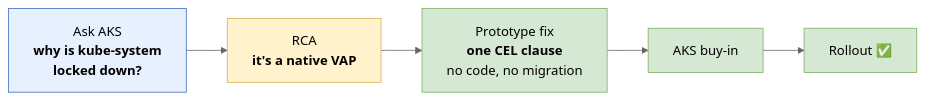
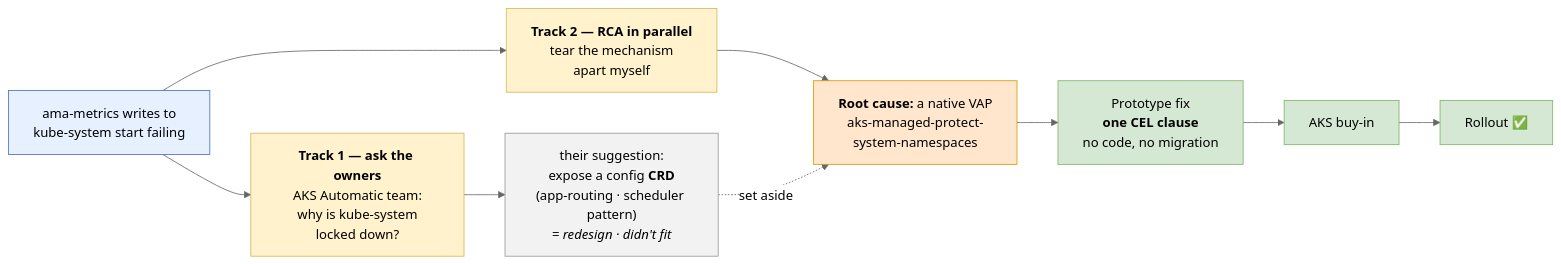
The fourth of 11 diagrams in custom-ns/doc/automatic-investigation/aks-vap-demo-diagrams.md (Azure/prometheus-collector), drawn with Mermaid (neutral theme) before and after one commit. The commit also changed other lines of this file, not shown here.

First line of the commit message:
docs(custom-ns): polish demo doc — parallel RCA, AKS suggestions, rollout, bonus

````diff
--- a/custom-ns/doc/automatic-investigation/aks-vap-demo-diagrams.md
+++ b/custom-ns/doc/automatic-investigation/aks-vap-demo-diagrams.md
@@ -105,13 +105,24 @@
 ```mermaid
 flowchart LR
-    A["Ask AKS<br/><b>why is kube-system<br/>locked down?</b>"] --> B["RCA<br/><b>it's a native VAP</b>"]
+    START["ama-metrics writes to<br/>kube-system start failing"]
+
+    START --> Q["<b>Track 1 — ask the owners</b><br/>AKS Automatic team:<br/>why is kube-system<br/>locked down?"]
+    START --> R["<b>Track 2 — RCA in parallel</b><br/>tear the mechanism<br/>apart myself"]
+
+    Q --> SUG["their suggestion:<br/>expose a config <b>CRD</b><br/>(app-routing · scheduler pattern)<br/><i>= redesign · didn't fit</i>"]
+    R --> B["<b>Root cause:</b> a native VAP<br/>aks-managed-protect-<br/>system-namespaces"]
+
+    SUG -.->|"set aside"| B
     B --> D["Prototype fix<br/><b>one CEL clause</b><br/>no code, no migration"]
     D --> E["AKS buy-in"]
     E --> F["Rollout ✅"]
 
-    style A fill:#e6f0ff,stroke:#4472c4
-    style B fill:#fff2cc,stroke:#d6b656
+    style START fill:#e6f0ff,stroke:#4472c4
+    style Q fill:#fff2cc,stroke:#d6b656
+    style R fill:#fff2cc,stroke:#d6b656
+    style SUG fill:#f2f2f2,stroke:#999
+    style B fill:#ffe6cc,stroke:#d79b00
     style D fill:#d5e8d4,stroke:#82b366
     style E fill:#d5e8d4,stroke:#82b366
     style F fill:#d5e8d4,stroke:#82b366
 ```
````
